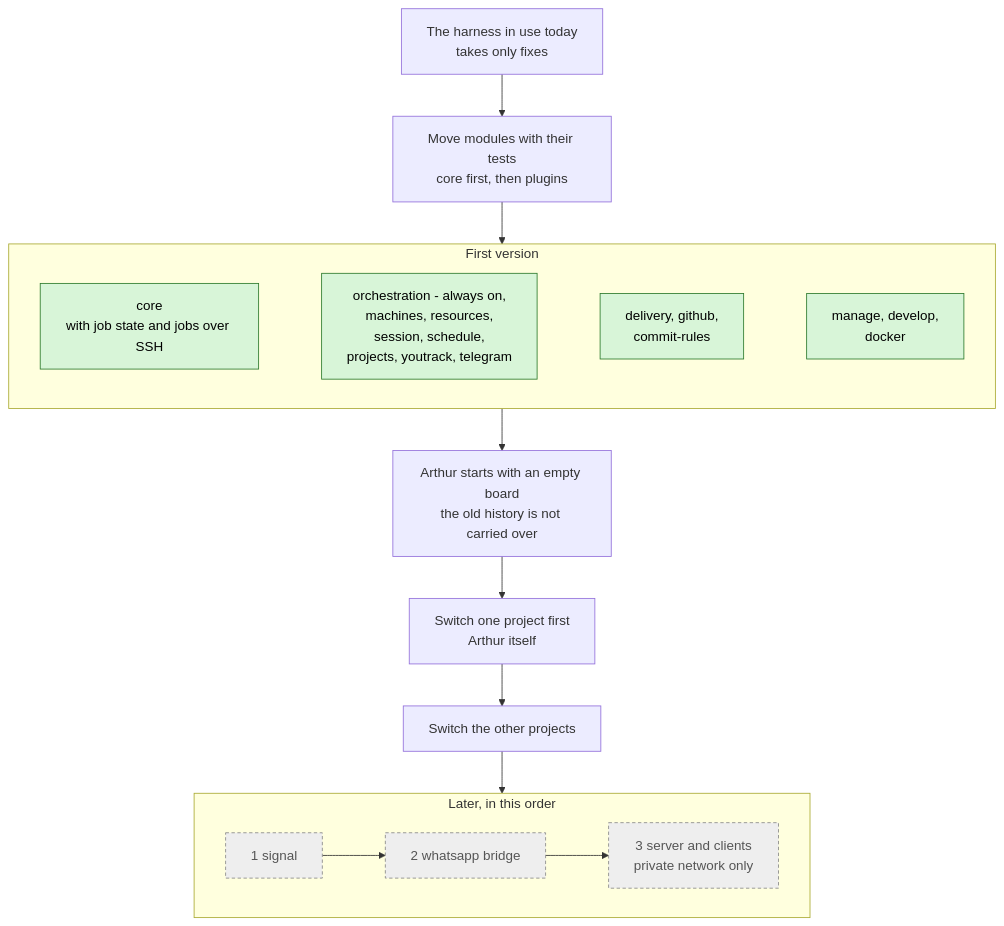
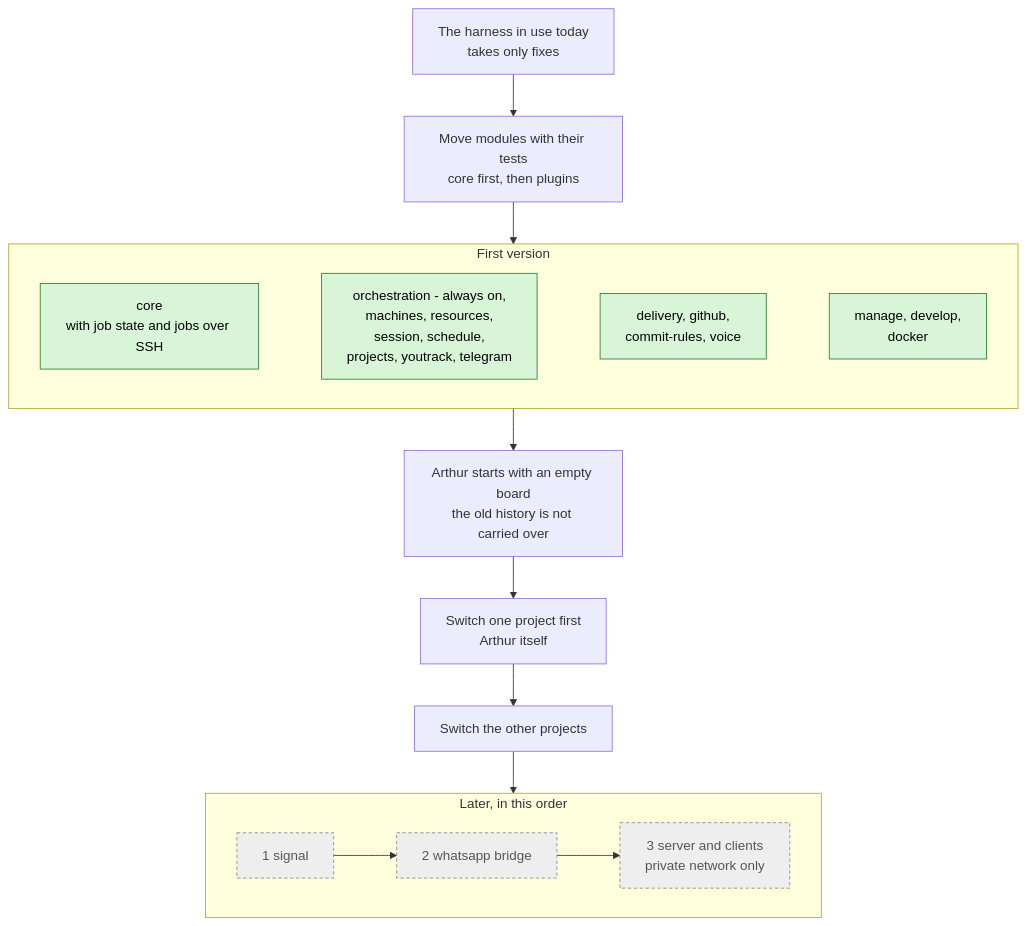
Before and after one commit to kacperadler/arthur: the diagram in docs/architecture/versions.mmd, drawn with Mermaid. The commit also changed 3 other files, not shown here.

Commit message:
docs(AR0057): name the voice plugin and the typed parts in vision and diagrams

```diff
--- a/docs/architecture/versions.mmd
+++ b/docs/architecture/versions.mmd
@@ -1,30 +1,30 @@
 %% From the harness in use today to Arthur's first version and after it. Green = first version, grey dashed = later.
 flowchart TD
   today[The harness in use today<br/>takes only fixes]
   move[Move modules with their tests<br/>core first, then plugins]
 
   subgraph V1[First version]
     core[core<br/>with job state and jobs over SSH]
     p1[orchestration - always on,<br/>machines, resources,<br/>session, schedule,<br/>projects, youtrack, telegram]
-    p2[delivery, github,<br/>commit-rules]
+    p2[delivery, github,<br/>commit-rules, voice]
     p3[manage, develop,<br/>docker]
     core ~~~ p1 ~~~ p2 ~~~ p3
   end
 
   start[Arthur starts with an empty board<br/>the old history is not carried over]
   switch1[Switch one project first<br/>Arthur itself]
   switch2[Switch the other projects]
 
   subgraph V2[Later, in this order]
     signal[1 signal]
     whatsapp[2 whatsapp bridge]
     server[3 server and clients<br/>private network only]
     signal --> whatsapp --> server
   end
 
   today --> move --> V1 --> start --> switch1 --> switch2 --> V2
 
   classDef first fill:#d8f5d8,stroke:#2d7a2d,color:#000;
   classDef later fill:#eee,stroke:#888,stroke-dasharray:4 3,color:#555;
   class core,p1,p2,p3 first;
   class signal,whatsapp,server later;
```
